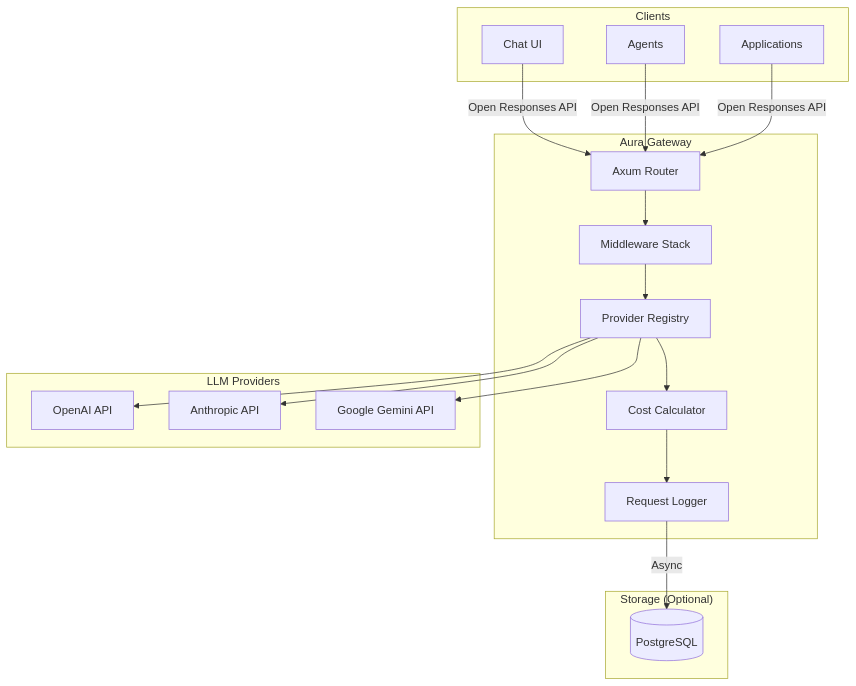
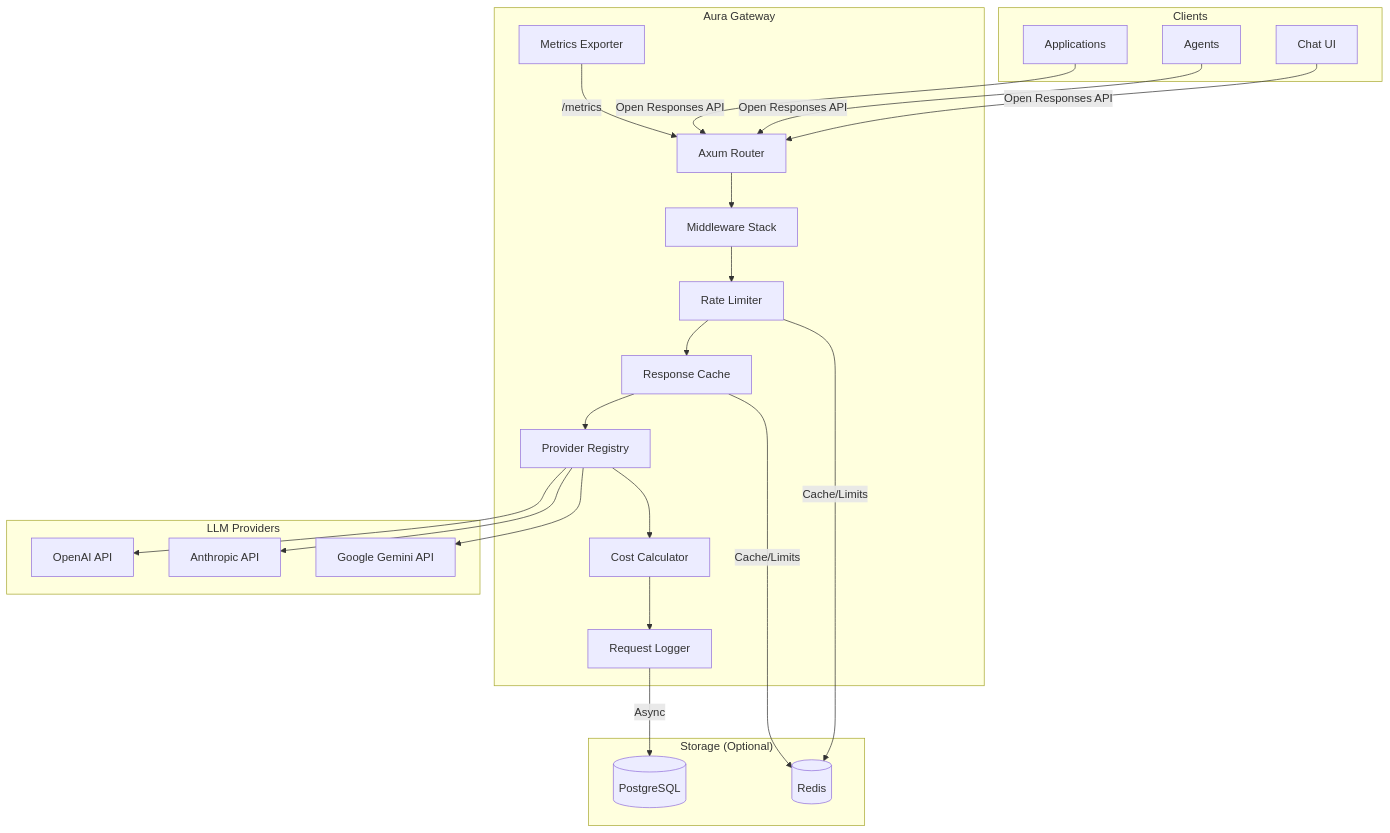
Before and after one commit to he2307631397/aura-llm-gateway: the first of 13 diagrams in docs/architecture.md, drawn with Mermaid. The commit also changed other lines of this file and 29 other files, not shown here.

````diff
--- a/docs/architecture.md
+++ b/docs/architecture.md
@@ -7,34 +7,42 @@
 ```mermaid
 flowchart TB
     subgraph Clients
         A[Chat UI]
         B[Agents]
         C[Applications]
     end
 
     subgraph Gateway["Aura Gateway"]
         D[Axum Router]
         E[Middleware Stack]
         F[Provider Registry]
         G[Cost Calculator]
         H[Request Logger]
+        I[Rate Limiter]
+        J[Response Cache]
+        K[Metrics Exporter]
     end
 
     subgraph Providers["LLM Providers"]
-        I[OpenAI API]
-        J[Anthropic API]
-        K[Google Gemini API]
+        L[OpenAI API]
+        M[Anthropic API]
+        N[Google Gemini API]
     end
 
     subgraph Storage["Storage (Optional)"]
-        L[(PostgreSQL)]
+        O[(PostgreSQL)]
+        P[(Redis)]
     end
 
     A & B & C -->|Open Responses API| D
     D --> E
-    E --> F
+    E --> I
+    I --> J
+    J --> F
     F --> G
-    F --> I & J & K
+    F --> L & M & N
     G --> H
-    H -->|Async| L
+    H -->|Async| O
+    I & J -->|Cache/Limits| P
+    K -->|/metrics| D
 ```
````
